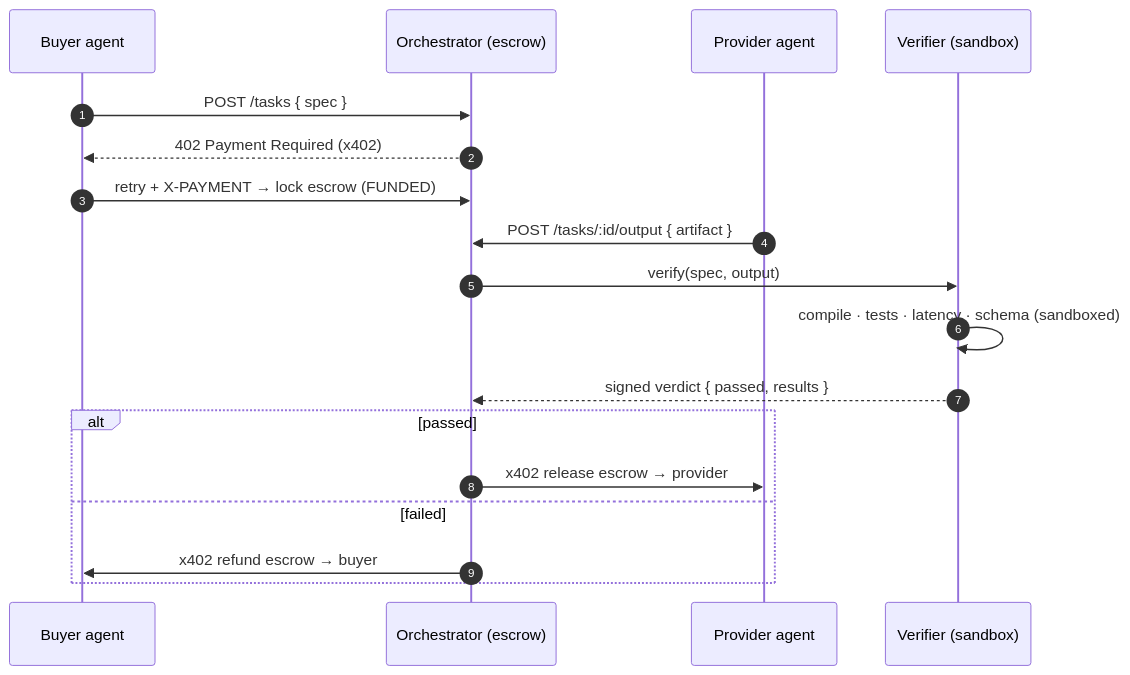
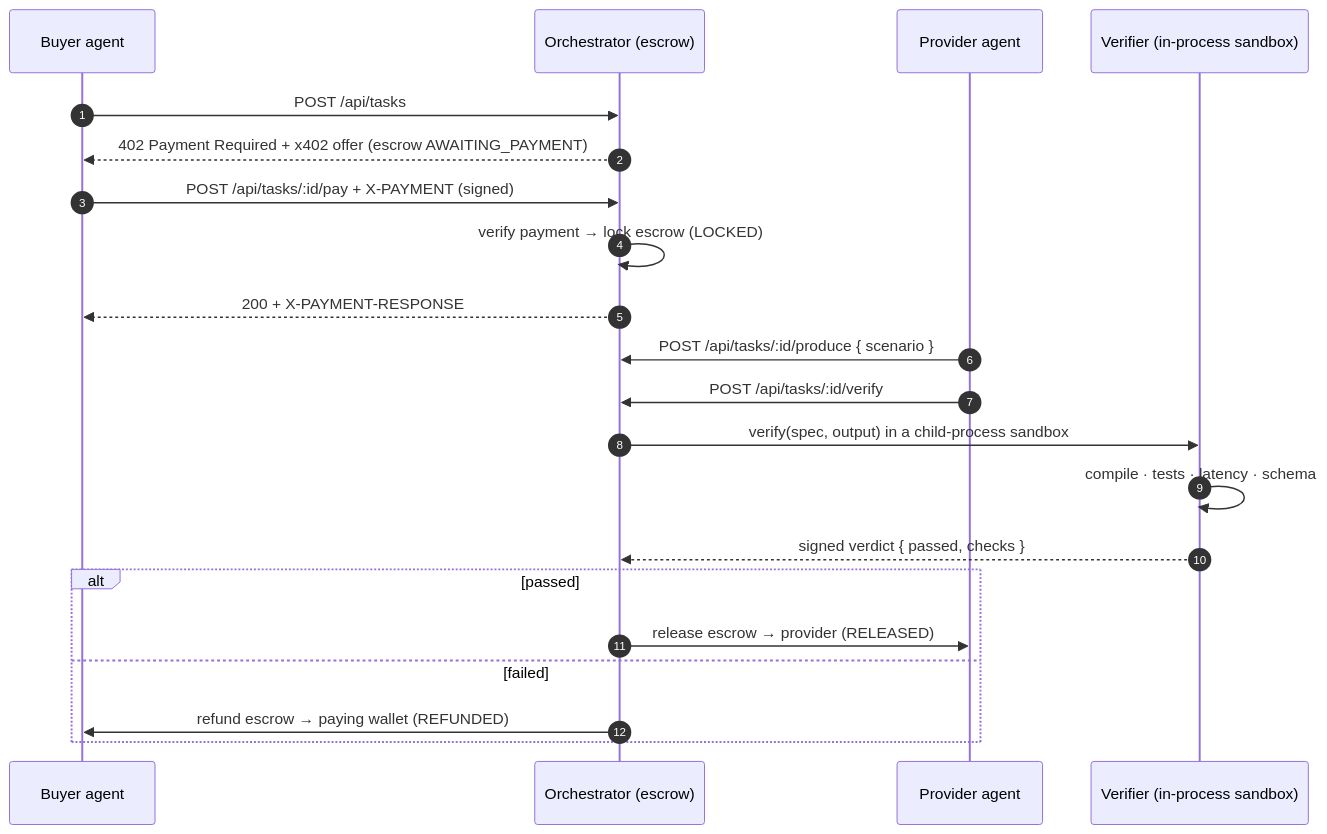
One commit to pushkarverse/TOKENPACT changed the diagram in README.md. Above: the diagram before and after it, drawn with Mermaid. The commit also changed other lines of this file and 32 other files, not shown here.

````diff
--- a/README.md
+++ b/README.md
@@ -138,21 +147,24 @@
 ```mermaid
 sequenceDiagram
     autonumber
     participant B as Buyer agent
     participant O as Orchestrator (escrow)
     participant P as Provider agent
-    participant V as Verifier (sandbox)
+    participant V as Verifier (in-process sandbox)
 
-    B->>O: POST /tasks { spec }
-    O-->>B: 402 Payment Required (x402)
-    B->>O: retry + X-PAYMENT → lock escrow (FUNDED)
-    P->>O: POST /tasks/:id/output { artifact }
-    O->>V: verify(spec, output)
-    V->>V: compile · tests · latency · schema (sandboxed)
-    V-->>O: signed verdict { passed, results }
+    B->>O: POST /api/tasks
+    O-->>B: 402 Payment Required + x402 offer  (escrow AWAITING_PAYMENT)
+    B->>O: POST /api/tasks/:id/pay + X-PAYMENT (signed)
+    O->>O: verify payment → lock escrow (LOCKED)
+    O-->>B: 200 + X-PAYMENT-RESPONSE
+    P->>O: POST /api/tasks/:id/produce { scenario }
+    P->>O: POST /api/tasks/:id/verify
+    O->>V: verify(spec, output) in a child-process sandbox
+    V->>V: compile · tests · latency · schema
+    V-->>O: signed verdict { passed, checks }
     alt passed
-        O->>P: x402 release escrow → provider
+        O->>P: release escrow → provider (RELEASED)
     else failed
-        O->>B: x402 refund escrow → buyer
+        O->>B: refund escrow → paying wallet (REFUNDED)
     end
 ```
````
